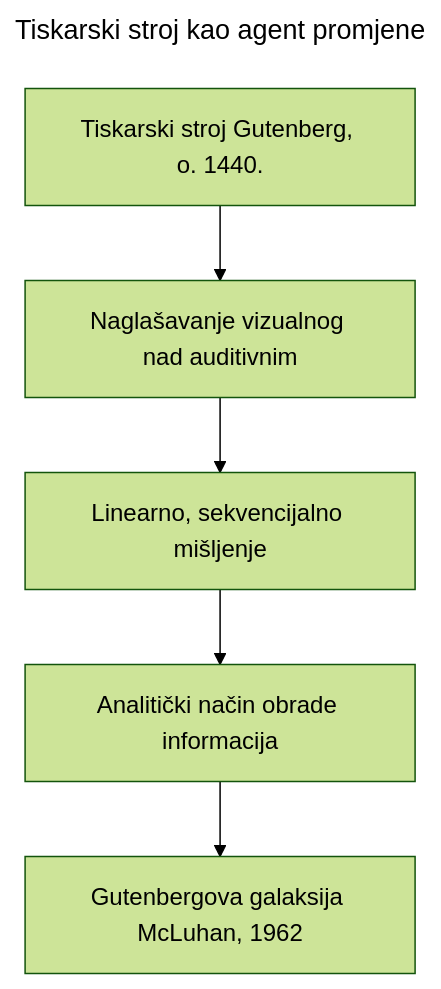
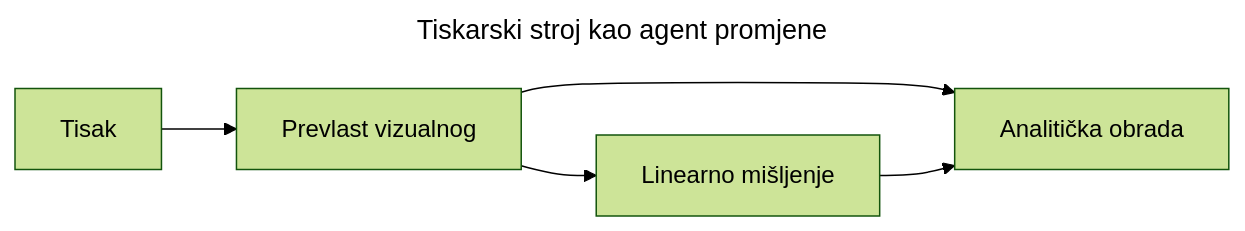
The diagram in docs/diagrams/ch02_mcluhan.mmd (bperak/komunikacija_u_doba_ai), drawn with Mermaid (forest theme) before and after one commit. The commit also changed 1008 other files, not shown here.

Commit message:
Finalize book layout, diagrams, and manuscript cleanup

```diff
--- a/docs/diagrams/ch02_mcluhan.mmd
+++ b/docs/diagrams/ch02_mcluhan.mmd
@@ -1,8 +1,8 @@
 ---
 title: Tiskarski stroj kao agent promjene
 ---
-flowchart TD
-A[Tiskarski stroj Gutenberg, o. 1440.] --> B[Naglašavanje vizualnog nad auditivnim]
-B --> C[Linearno, sekvencijalno mišljenje]
-C --> D[Analitički način obrade informacija]
-D --> E[Gutenbergova galaksija McLuhan, 1962]
+flowchart LR
+A[Tisak] --> B[Prevlast vizualnog]
+B --> C[Linearno mišljenje]
+B --> D[Analitička obrada]
+C --> D
```
